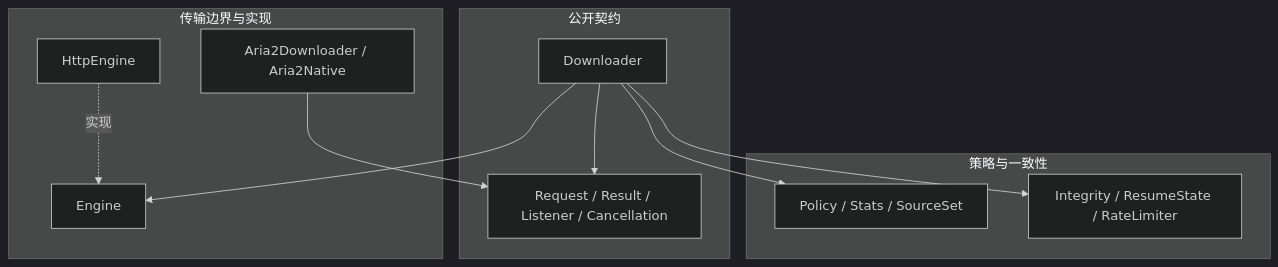
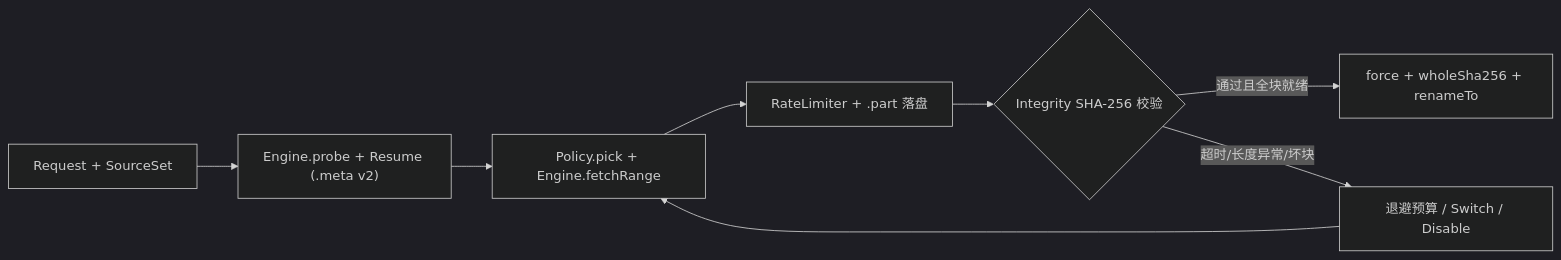
The diagram in README.md (CyberNova2333/anabranch-core), drawn with Mermaid (dark theme) before and after one commit. The commit also changed other lines of this file and 35 other files, not shown here.

````diff
--- a/README.md
+++ b/README.md
@@ -26,22 +16,10 @@
 ```mermaid
-flowchart TB
-    subgraph L0["公开契约"]
-        API["Request / Result / Listener / Cancellation"]
-        DOWN["Downloader"]
-    end
-    subgraph L1["策略与一致性"]
-        POLICY["Policy / Stats / SourceSet"]
-        STATE["Integrity / ResumeState / RateLimiter"]
-    end
-    subgraph L2["传输边界与实现"]
-        ENGINE["Engine"]
-        HTTP["HttpEngine"]
-        ARIA["Aria2Downloader / Aria2Native"]
-    end
-    DOWN --> API
-    DOWN --> POLICY
-    DOWN --> STATE
-    DOWN --> ENGINE
-    HTTP -. 实现 .-> ENGINE
-    ARIA --> API
+flowchart LR
+    Req["Request + SourceSet"] --> Probe["Engine.probe + Resume (.meta v2)"]
+    Probe --> Pick["Policy.pick + Engine.fetchRange"]
+    Pick --> Write["RateLimiter + .part 落盘"]
+    Write --> Verify{"Integrity SHA-256 校验"}
+    Verify -- 通过且全块就绪 --> Commit["force + wholeSha256 + renameTo"]
+    Verify -- 超时/长度异常/坏块 --> Retry["退避预算 / Switch / Disable"]
+    Retry --> Pick
 ```
````
